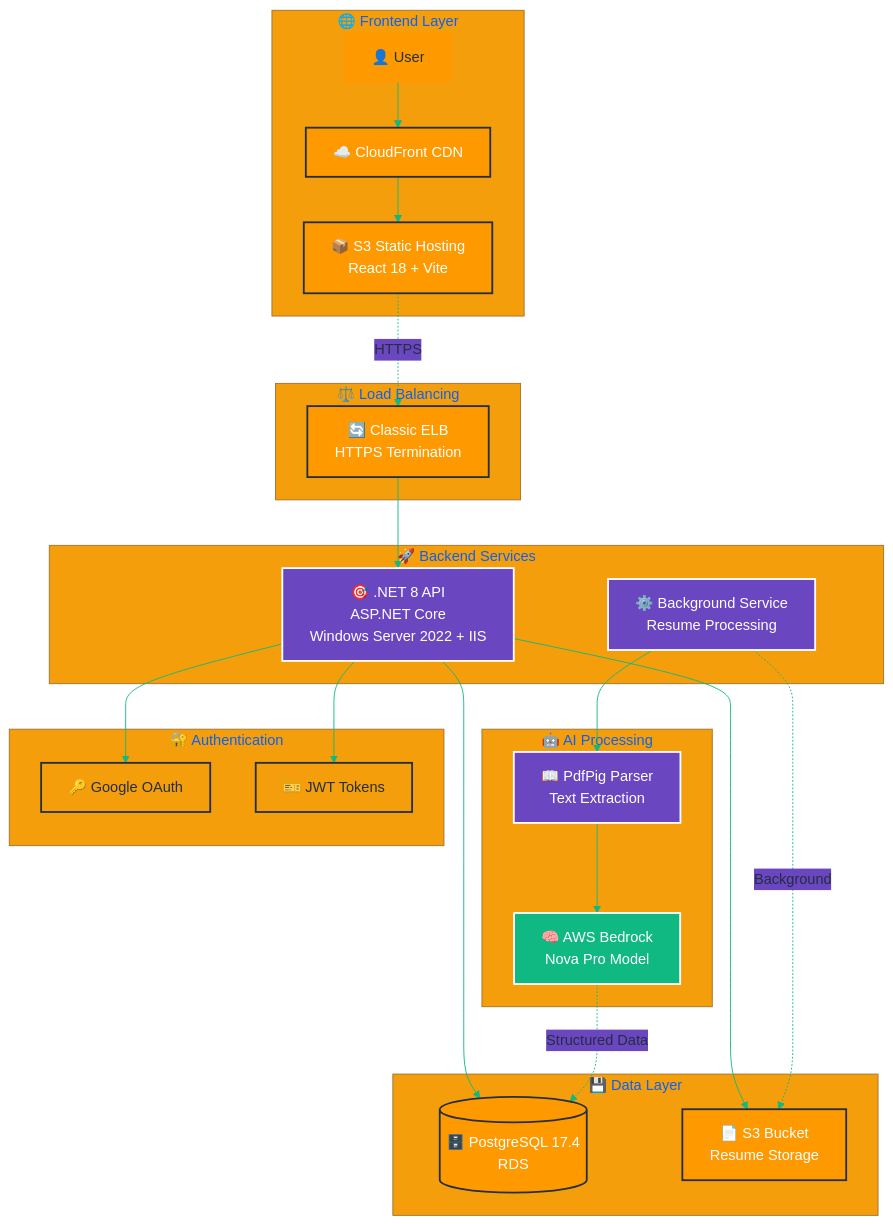
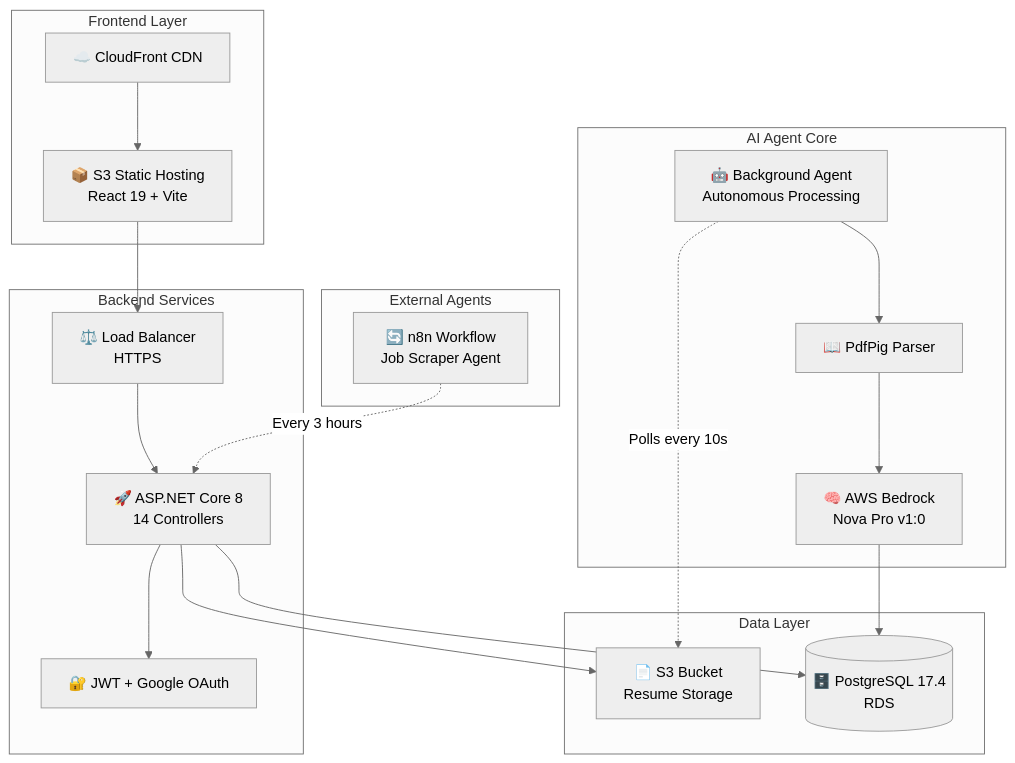
The second of 2 diagrams in README.md (d3osaju/hirethemnow), drawn with Mermaid before and after one commit. The commit also changed other lines of this file and 80 other files, not shown here.

````diff
--- a/README.md
+++ b/README.md
@@ -69,54 +99,43 @@
 ```mermaid
-%%{init: {'theme':'base', 'themeVariables': { 'primaryColor': '#ff9900', 'primaryTextColor': '#232f3e', 'primaryBorderColor': '#ff9900', 'lineColor': '#10b981', 'secondaryColor': '#6b46c1', 'tertiaryColor': '#f59e0b'}}}%%
+%%{init: {'theme':'neutral'}}%%
 graph TB
-    subgraph "🌐 Frontend Layer"
-        U[👤 User] --> CF[☁️ CloudFront CDN]
-        CF --> S3F[📦 S3 Static Hosting<br/>React 18 + Vite]
+    subgraph "Frontend Layer"
+        CDN[☁️ CloudFront CDN]
+        S3F[📦 S3 Static Hosting<br/>React 19 + Vite]
     end
 
-    subgraph "⚖️ Load Balancing"
-        ELB[🔄 Classic ELB<br/>HTTPS Termination]
+    subgraph "AI Agent Core"
+        BG[🤖 Background Agent<br/>Autonomous Processing]
+        BEDROCK[🧠 AWS Bedrock<br/>Nova Pro v1:0]
+        PDF[📖 PdfPig Parser]
     end
 
-    subgraph "🚀 Backend Services"
-        API[🎯 .NET 8 API<br/>ASP.NET Core<br/>Windows Server 2022 + IIS]
-        BG[⚙️ Background Service<br/>Resume Processing]
+    subgraph "Backend Services"
+        ELB[⚖️ Load Balancer<br/>HTTPS]
+        API[🚀 ASP.NET Core 8<br/>14 Controllers]
+        AUTH[🔐 JWT + Google OAuth]
     end
 
-    subgraph "🤖 AI Processing"
-        PDF[📖 PdfPig Parser<br/>Text Extraction]
-        AI[🧠 AWS Bedrock<br/>Nova Pro Model]
+    subgraph "Data Layer"
+        S3R[📄 S3 Bucket<br/>Resume Storage]
+        RDS[(🗄️ PostgreSQL 17.4<br/>RDS)]
     end
 
-    subgraph "💾 Data Layer"
-        DB[(🗄️ PostgreSQL 17.4<br/>RDS)]
-        S3R[📄 S3 Bucket<br/>Resume Storage]
+    subgraph "External Agents"
+        N8N[🔄 n8n Workflow<br/>Job Scraper Agent]
     end
 
-    subgraph "🔐 Authentication"
-        GOOGLE[🔑 Google OAuth]
-        JWT[🎫 JWT Tokens]
-    end
+    CDN --> S3F
+    S3F --> ELB
+    ELB --> API
+    API --> AUTH
+    API --> RDS
+    API --> S3R
 
-    S3F -.->|HTTPS| ELB
-    ELB --> API
-    API --> DB
-    API --> S3R
-    API --> GOOGLE
-    API --> JWT
-    
-    BG -.->|Background| S3R
+    BG -.->|Polls every 10s| S3R
     BG --> PDF
-    PDF --> AI
-    AI -.->|Structured Data| DB
+    PDF --> BEDROCK
+    BEDROCK --> RDS
 
-    classDef aws fill:#ff9900,stroke:#232f3e,stroke-width:2px,color:#fff
-    classDef custom fill:#6b46c1,stroke:#fff,stroke-width:2px,color:#fff
-    classDef ai fill:#10b981,stroke:#fff,stroke-width:2px,color:#fff
-    classDef data fill:#f59e0b,stroke:#232f3e,stroke-width:2px,color:#232f3e
-
-    class CF,ELB,S3F,S3R,DB aws
-    class API,BG,PDF custom
-    class AI ai
-    class GOOGLE,JWT data
+    N8N -.->|Every 3 hours| API
 ```
````
